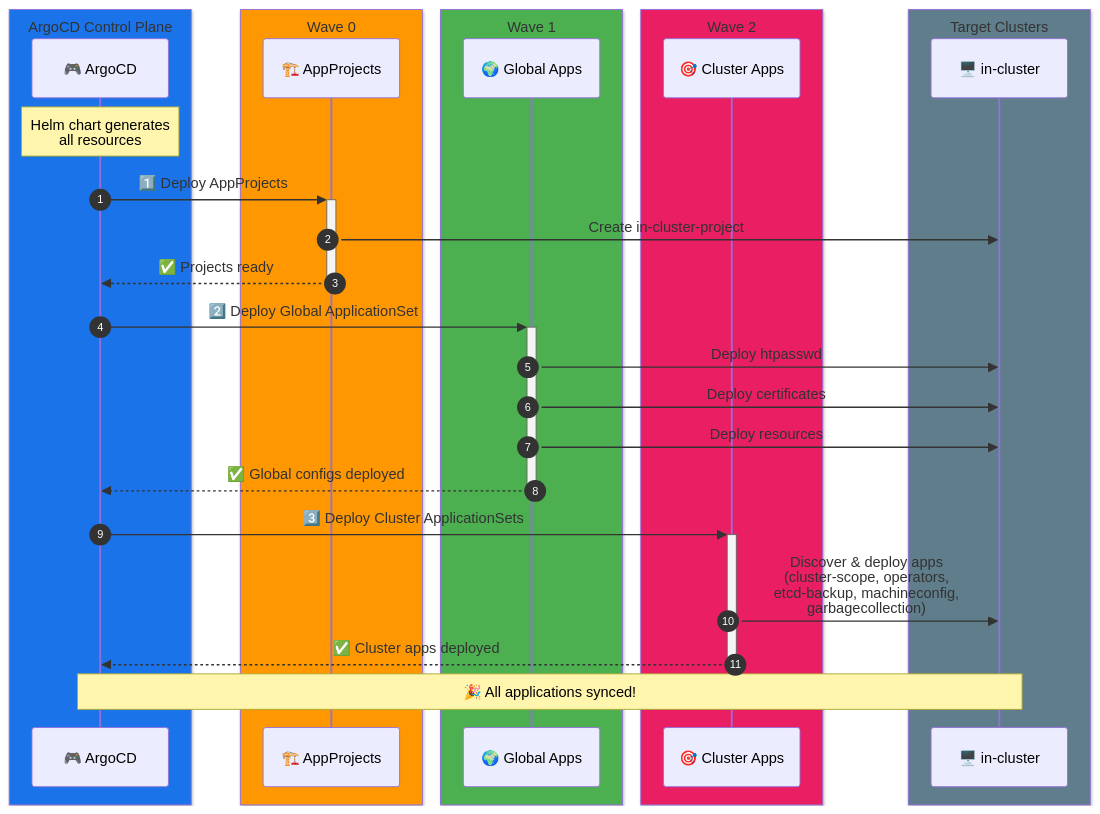
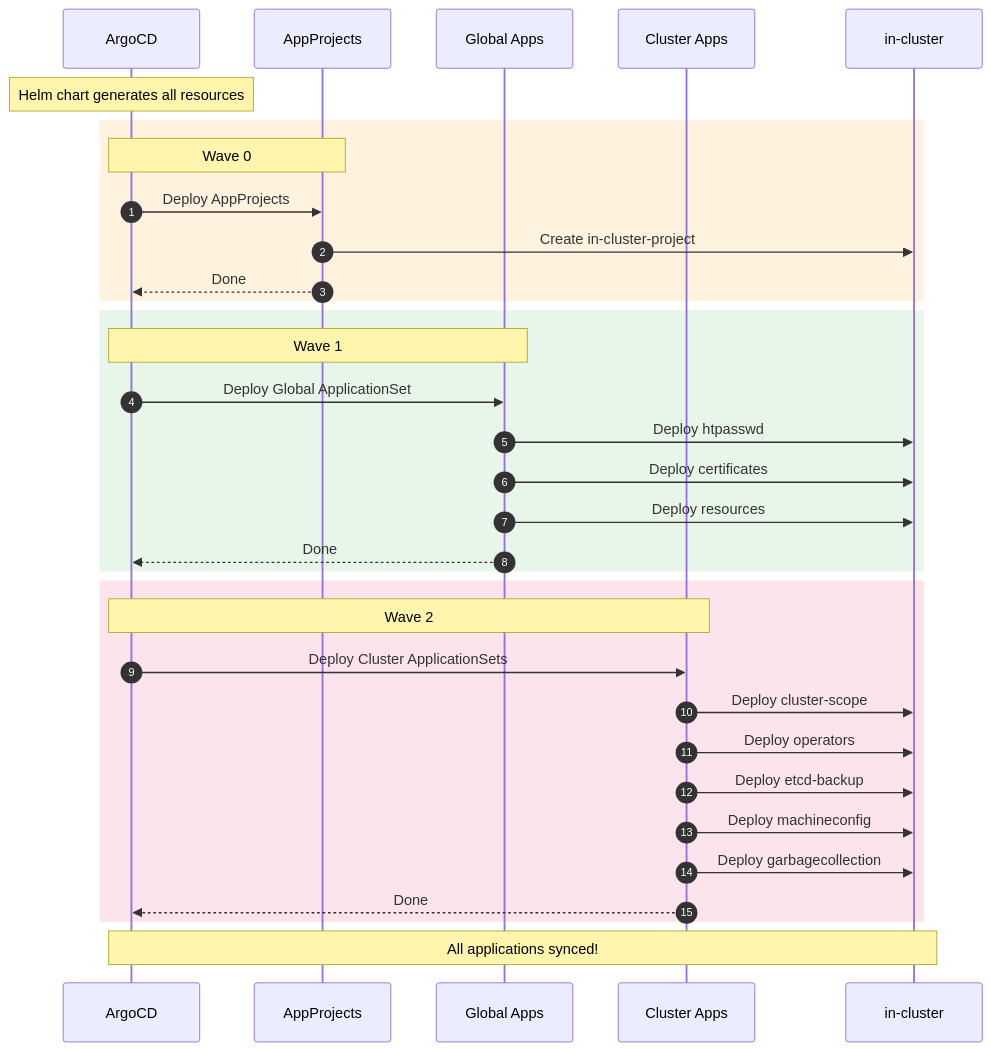
One commit to yakovbeder/beder-gitops-aoa changed the second of 3 diagrams in argocd-diagram.md. Above: the diagram before and after it, drawn with Mermaid. The commit also changed other lines of this file, not shown here.

Commit message:
Fix diagram readability: remove overlapping text and improve flow diagram clarity

````diff
--- a/argocd-diagram.md
+++ b/argocd-diagram.md
@@ -74,42 +68,41 @@
 ```mermaid
 sequenceDiagram
     autonumber
     
-    box rgb(26, 115, 232) ArgoCD Control Plane
-        participant ArgoCD as 🎮 ArgoCD
-    end
-    
-    box rgb(255, 152, 0) Wave 0
-        participant Wave0 as 🏗️ AppProjects
-    end
-    
-    box rgb(76, 175, 80) Wave 1
-        participant Wave1 as 🌍 Global Apps
-    end
-    
-    box rgb(233, 30, 99) Wave 2
-        participant Wave2 as 🎯 Cluster Apps
-    end
-    
-    box rgb(96, 125, 139) Target Clusters
-        participant InCluster as 🖥️ in-cluster
+    participant ArgoCD
+    participant Projects as AppProjects
+    participant Global as Global Apps
+    participant Cluster as Cluster Apps
+    participant Target as in-cluster
+
+    Note over ArgoCD: Helm chart generates all resources
+
+    rect rgb(255, 243, 224)
+        Note over ArgoCD,Projects: Wave 0
+        ArgoCD->>Projects: Deploy AppProjects
+        Projects->>Target: Create in-cluster-project
+        Projects-->>ArgoCD: Done
     end
 
-    Note over ArgoCD: Helm chart generates<br/>all resources
+    rect rgb(232, 245, 233)
+        Note over ArgoCD,Global: Wave 1
+        ArgoCD->>Global: Deploy Global ApplicationSet
+        Global->>Target: Deploy htpasswd
+        Global->>Target: Deploy certificates
+        Global->>Target: Deploy resources
+        Global-->>ArgoCD: Done
+    end
 
-    ArgoCD->>+Wave0: 1️⃣ Deploy AppProjects
-    Wave0->>InCluster: Create in-cluster-project
-    Wave0-->>-ArgoCD: ✅ Projects ready
+    rect rgb(252, 228, 236)
+        Note over ArgoCD,Cluster: Wave 2
+        ArgoCD->>Cluster: Deploy Cluster ApplicationSets
+        Cluster->>Target: Deploy cluster-scope
+        Cluster->>Target: Deploy operators
+        Cluster->>Target: Deploy etcd-backup
+        Cluster->>Target: Deploy machineconfig
+        Cluster->>Target: Deploy garbagecollection
+        Cluster-->>ArgoCD: Done
+    end
 
-    ArgoCD->>+Wave1: 2️⃣ Deploy Global ApplicationSet
-    Wave1->>InCluster: Deploy htpasswd
-    Wave1->>InCluster: Deploy certificates
-    Wave1->>InCluster: Deploy resources
-    Wave1-->>-ArgoCD: ✅ Global configs deployed
-
-    ArgoCD->>+Wave2: 3️⃣ Deploy Cluster ApplicationSets
-    Wave2->>InCluster: Discover & deploy apps<br/>(cluster-scope, operators,<br/>etcd-backup, machineconfig,<br/>garbagecollection)
-    Wave2-->>-ArgoCD: ✅ Cluster apps deployed
-
-    Note over ArgoCD,InCluster: 🎉 All applications synced!
+    Note over ArgoCD,Target: All applications synced!
 ```
````
